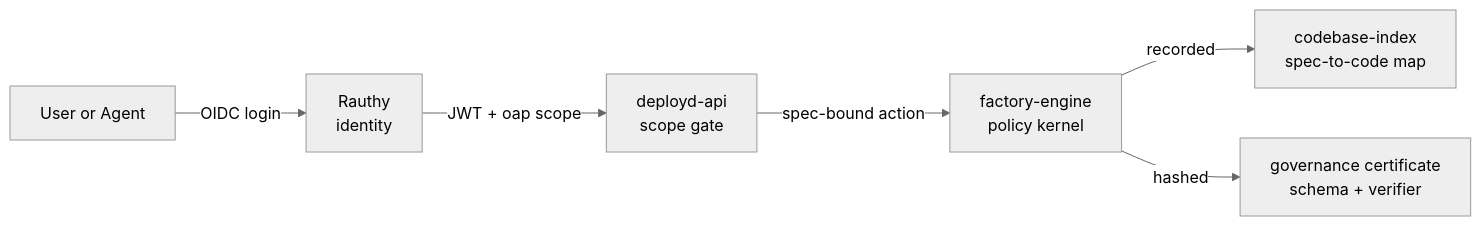
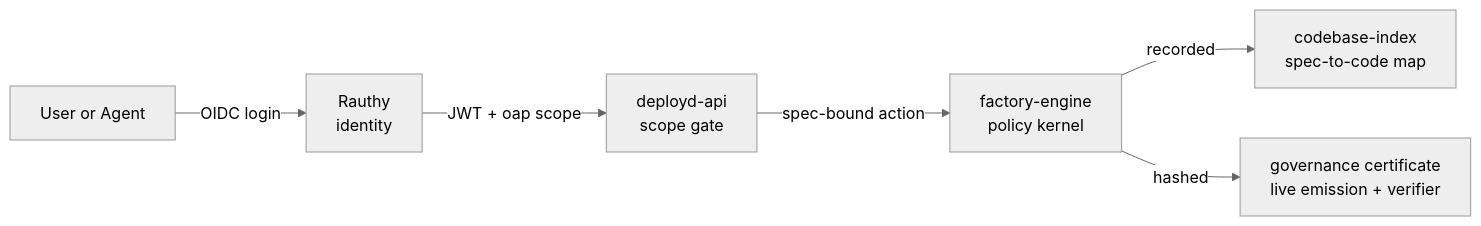
The second of 2 diagrams in README.md (stagecraft-ing/open-agentic-platform), drawn with Mermaid (neutral theme) before and after one commit. The commit also changed other lines of this file and 6 other files, not shown here.

````diff
--- a/README.md
+++ b/README.md
@@ -120,8 +124,8 @@
 ```mermaid
 flowchart LR
     User[User or Agent] -->|OIDC login| Rauthy[Rauthy<br/>identity]
     Rauthy -->|JWT + oap scope| API[deployd-api<br/>scope gate]
     API -->|spec-bound action| Engine[factory-engine<br/>policy kernel]
     Engine -->|recorded| Index[codebase-index<br/>spec-to-code map]
-    Engine -->|hashed| Cert[governance certificate<br/>schema + verifier]
+    Engine -->|hashed| Cert[governance certificate<br/>live emission + verifier]
 ```
````
